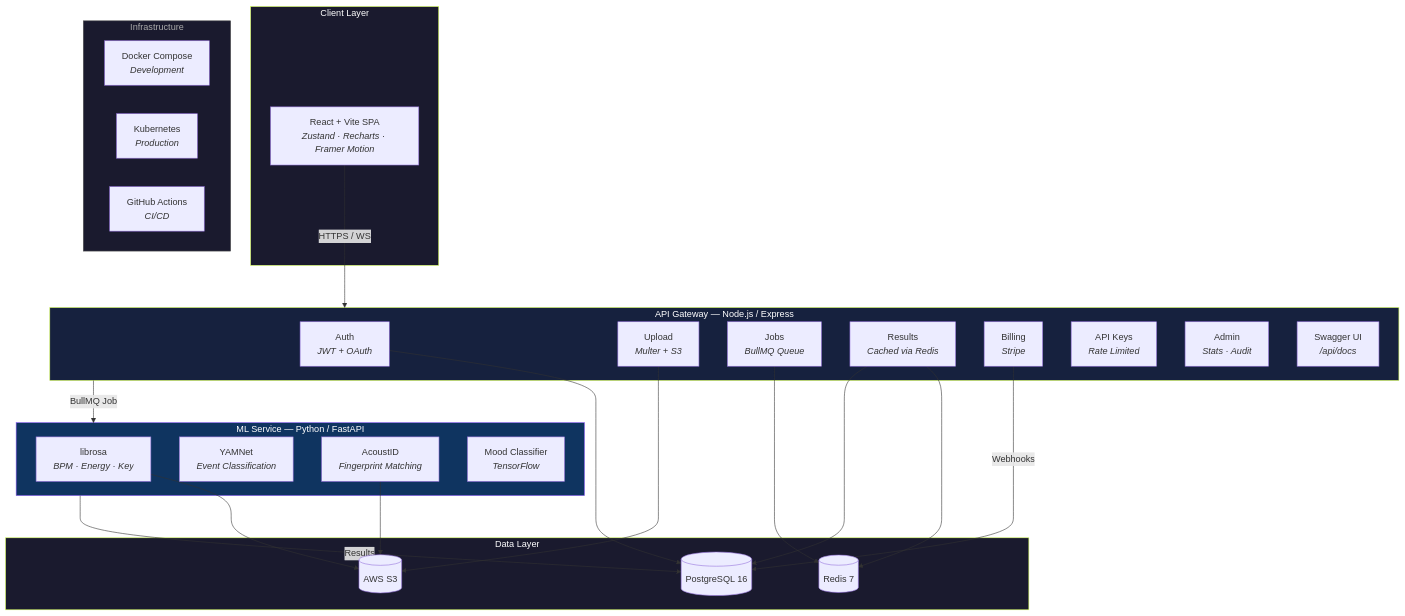
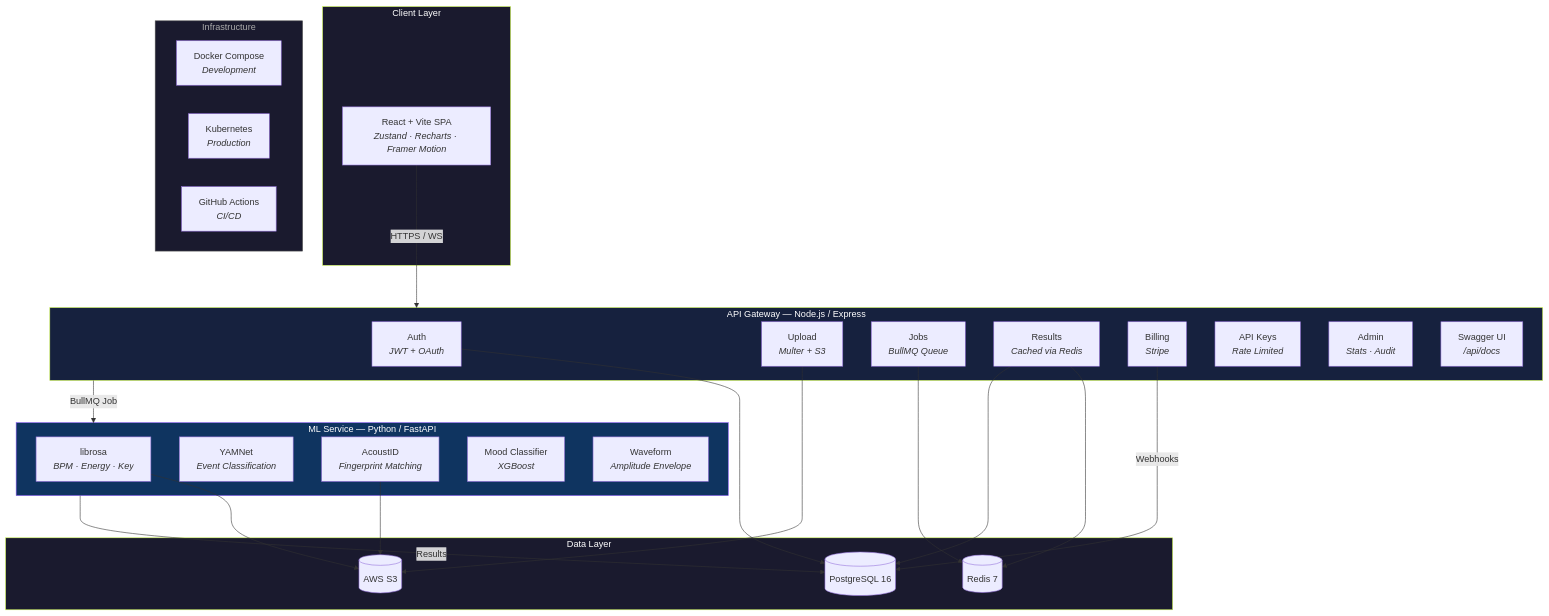
The diagram in README.md (aayush2724/Beatzy), drawn with Mermaid before and after one commit. The commit also changed other lines of this file and 1 other file, not shown here.

````diff
--- a/README.md
+++ b/README.md
@@ -57,56 +57,57 @@
 ```mermaid
 graph TB
     subgraph CLIENT["Client Layer"]
         FE["React + Vite SPA<br/><i>Zustand · Recharts · Framer Motion</i>"]
     end
 
     subgraph API["API Gateway — Node.js / Express"]
         AUTH["Auth<br/><i>JWT + OAuth</i>"]
         UPLOAD["Upload<br/><i>Multer + S3</i>"]
         JOBS["Jobs<br/><i>BullMQ Queue</i>"]
         RESULTS["Results<br/><i>Cached via Redis</i>"]
         BILLING["Billing<br/><i>Stripe</i>"]
         KEYS["API Keys<br/><i>Rate Limited</i>"]
         ADMIN["Admin<br/><i>Stats · Audit</i>"]
         SWAGGER["Swagger UI<br/><i>/api/docs</i>"]
     end
 
     subgraph ML["ML Service — Python / FastAPI"]
         LIBROSA["librosa<br/><i>BPM · Energy · Key</i>"]
         YAMNET["YAMNet<br/><i>Event Classification</i>"]
         ACOUSTID["AcoustID<br/><i>Fingerprint Matching</i>"]
-        MOOD["Mood Classifier<br/><i>TensorFlow</i>"]
+        MOOD["Mood Classifier<br/><i>XGBoost</i>"]
+        WAVEFORM["Waveform<br/><i>Amplitude Envelope</i>"]
     end
 
     subgraph DATA["Data Layer"]
         PG[("PostgreSQL 16")]
         REDIS[("Redis 7")]
         S3[("AWS S3")]
     end
 
     subgraph INFRA["Infrastructure"]
         DOCKER["Docker Compose<br/><i>Development</i>"]
         K8S["Kubernetes<br/><i>Production</i>"]
         CI["GitHub Actions<br/><i>CI/CD</i>"]
     end
 
     FE -->|HTTPS / WS| API
     AUTH --> PG
     UPLOAD --> S3
     JOBS --> REDIS
     RESULTS --> REDIS
     RESULTS --> PG
     BILLING -->|Webhooks| PG
 
     API -->|BullMQ Job| ML
     LIBROSA --> S3
     ACOUSTID --> S3
 
     ML -->|Results| PG
 
     style CLIENT fill:#1a1a2e,stroke:#D7FF5A,color:#fff
     style API fill:#16213e,stroke:#D7FF5A,color:#fff
     style ML fill:#0f3460,stroke:#8B5CF6,color:#fff
     style DATA fill:#1a1a2e,stroke:#D7FF5A,color:#fff
     style INFRA fill:#1a1a2e,stroke:#555,color:#aaa
 ```
````
